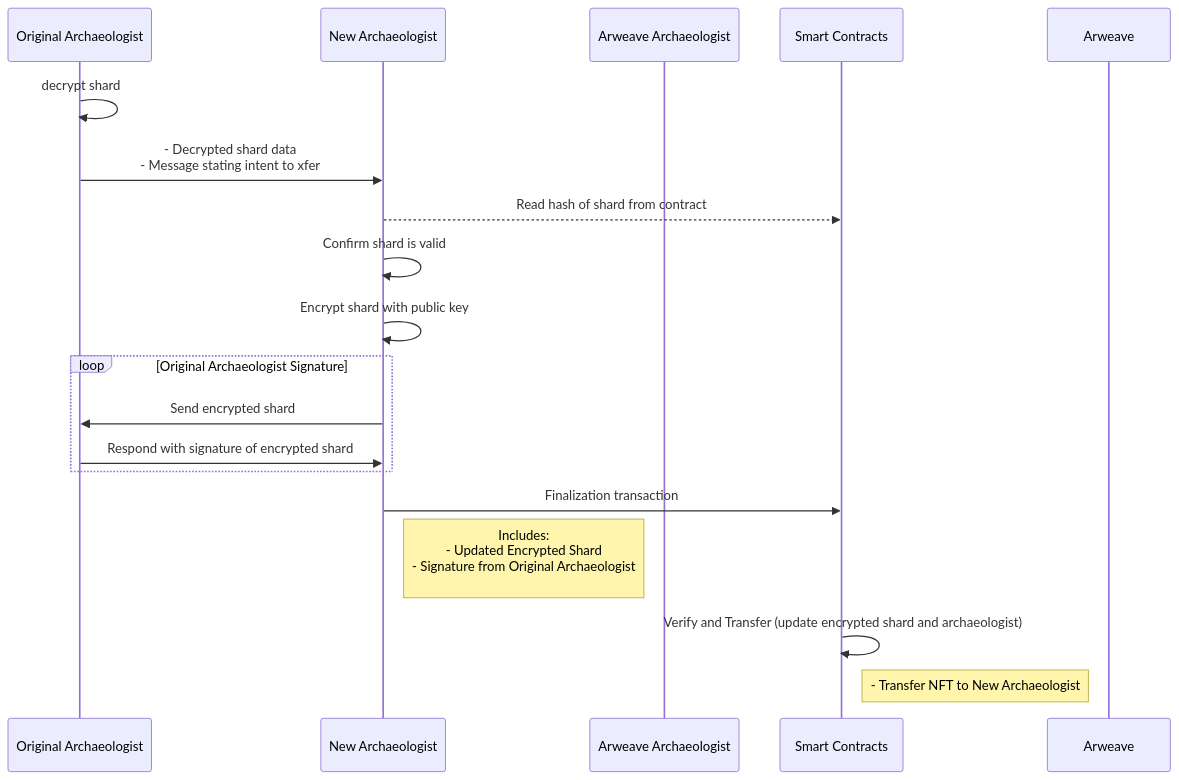
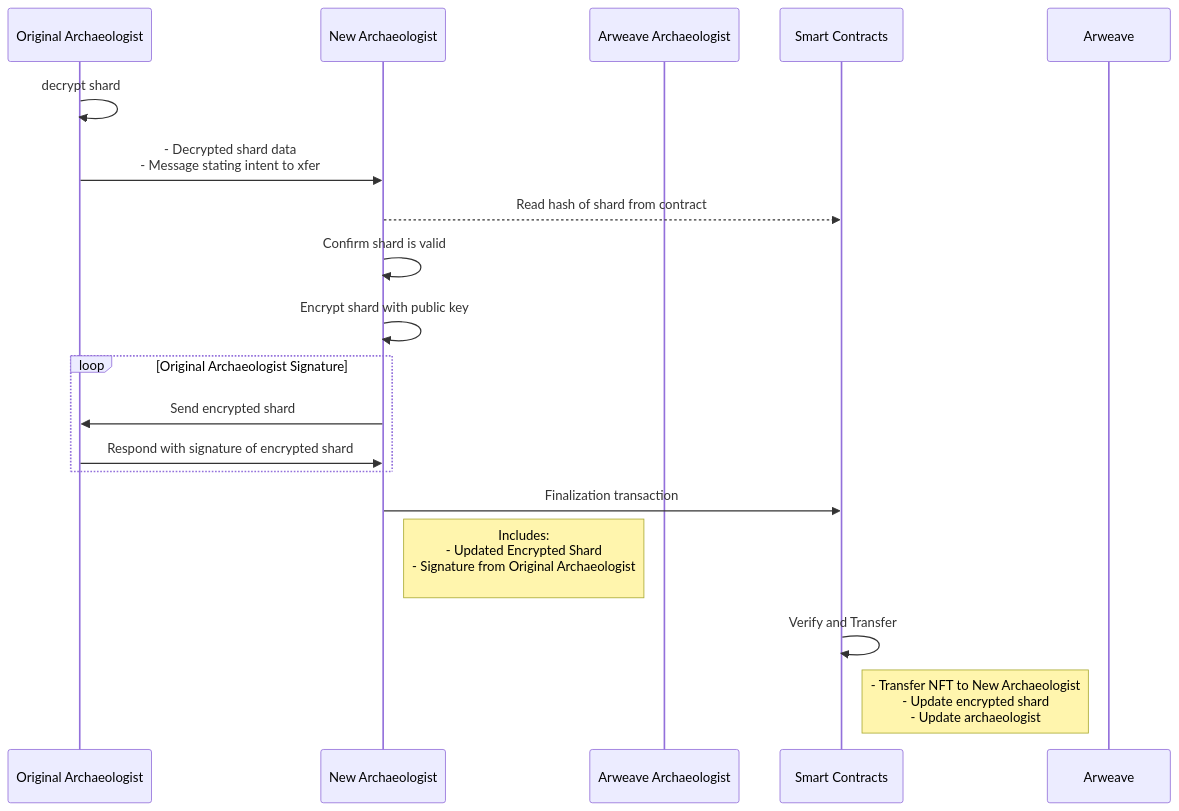
The diagram in transfer-sarcophagus-rights-and-responsibilities.md (sarcophagus-org/sarcophagus-v2-specs), drawn with Mermaid before and after one commit.

````diff
--- a/transfer-sarcophagus-rights-and-responsibilities.md
+++ b/transfer-sarcophagus-rights-and-responsibilities.md
@@ -1,32 +1,32 @@
 ```mermaid
 sequenceDiagram
   participant Original Archaeologist
   participant New Archaeologist
   participant Arweave Archaeologist
   participant Smart Contracts
   participant Arweave
 
   Original Archaeologist->>Original Archaeologist: decrypt shard
 
   Original Archaeologist->>New Archaeologist: - Decrypted shard data<br/>- Message stating intent to xfer
 
   New Archaeologist-->>Smart Contracts: Read hash of shard from contract
 
   New Archaeologist->>New Archaeologist: Confirm shard is valid
 
   New Archaeologist->>New Archaeologist: Encrypt shard with public key
 
   loop Original Archaeologist Signature
     New Archaeologist->>Original Archaeologist: Send encrypted shard
 
     Original Archaeologist->>New Archaeologist: Respond with signature of encrypted shard
   end
 
   New Archaeologist->>Smart Contracts: Finalization transaction
 
   Note right of New Archaeologist: Includes:<br/>- Updated Encrypted Shard<br/>- Signature from Original Archaeologist<br/>
 
-  Smart Contracts->>Smart Contracts: Verify and Transfer (update encrypted shard and archaeologist)
+  Smart Contracts->>Smart Contracts: Verify and Transfer
 
-  Note right of Smart Contracts: - Transfer NFT to New Archaeologist
+  Note right of Smart Contracts: - Transfer NFT to New Archaeologist <br>- Update encrypted shard <br>- Update archaeologist
 ```
````
